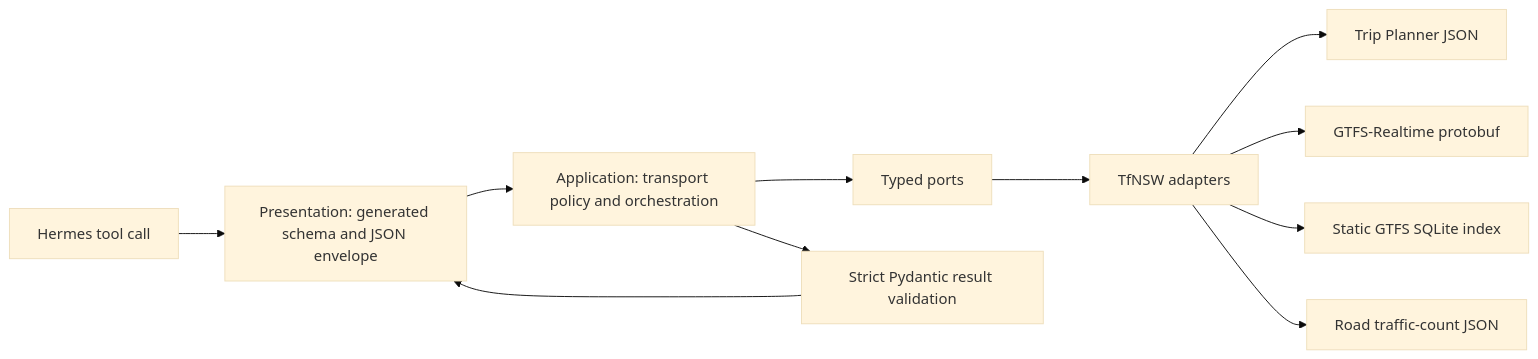
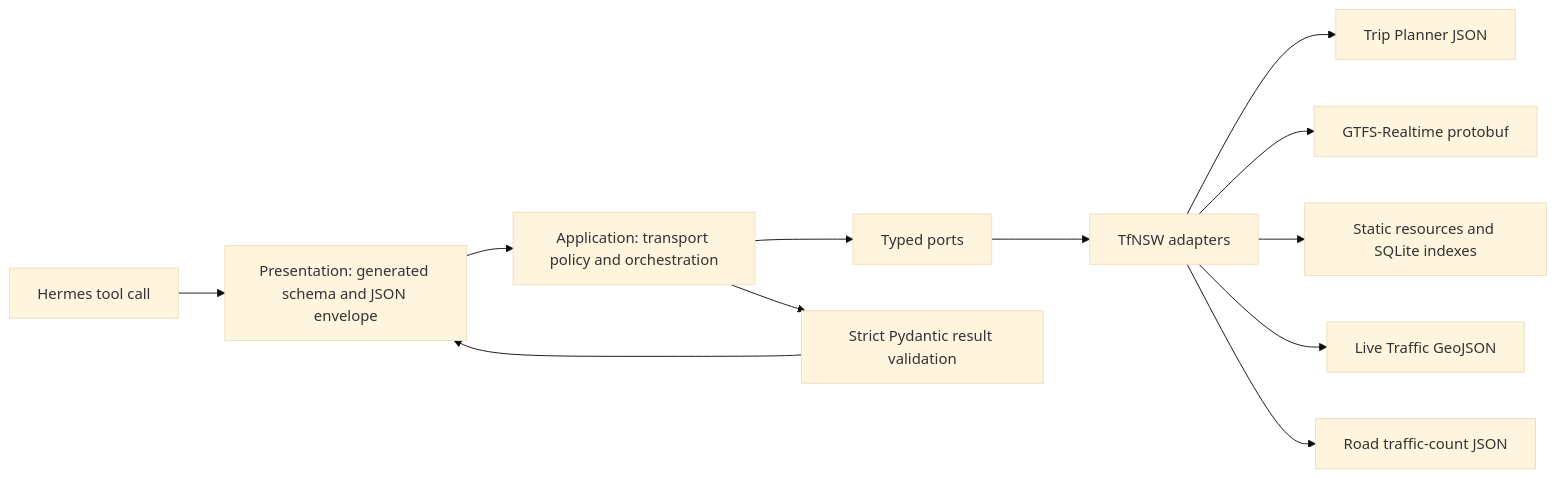
Before and after one commit to hongfeiyang/hermes-sydney-transport: the diagram in README.md, drawn with Mermaid (base theme). The commit also changed other lines of this file and 55 other files, not shown here.

````diff
--- a/README.md
+++ b/README.md
@@ -147,13 +172,14 @@
 ```mermaid
 flowchart LR
     H["Hermes tool call"] --> P["Presentation: generated schema and JSON envelope"]
     P --> A["Application: transport policy and orchestration"]
     A --> O["Typed ports"]
     O --> T["TfNSW adapters"]
     T --> J["Trip Planner JSON"]
     T --> R["GTFS-Realtime protobuf"]
-    T --> S["Static GTFS SQLite index"]
+    T --> S["Static resources and SQLite indexes"]
+    T --> L["Live Traffic GeoJSON"]
     T --> C["Road traffic-count JSON"]
     A --> V["Strict Pydantic result validation"]
     V --> P
 ```
````
